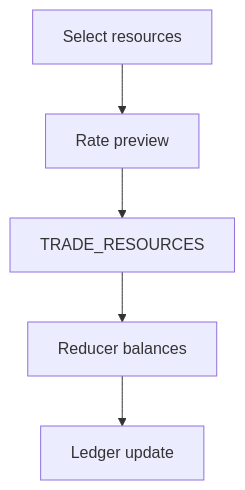
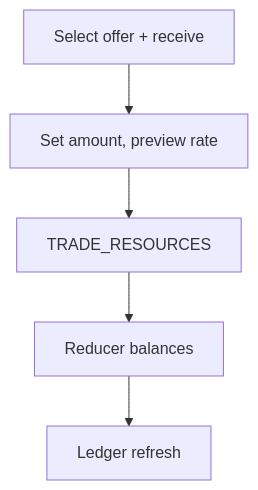
Before and after one commit to SunaNoOshiro/Heroes_Reforged_AI_Realms: the third of 5 diagrams in docs/architecture/wiki/screens/26-marketplace/architecture.md, drawn with Mermaid. The commit also changed other lines of this file and 518 other files, not shown here.

First line of the commit message:
Add doc-audit skill and sweep architecture/screen docs

````diff
--- a/docs/architecture/wiki/screens/26-marketplace/architecture.md
+++ b/docs/architecture/wiki/screens/26-marketplace/architecture.md
@@ -44,8 +47,8 @@
 ```mermaid
 flowchart TD
-  I0["Select resources"] --> I1
-  I1["Rate preview"] --> I2
+  I0["Select offer + receive"] --> I1
+  I1["Set amount, preview rate"] --> I2
   I2["TRADE_RESOURCES"] --> I3
   I3["Reducer balances"] --> I4
-  I4["Ledger update"]
+  I4["Ledger refresh"]
 ```
````
